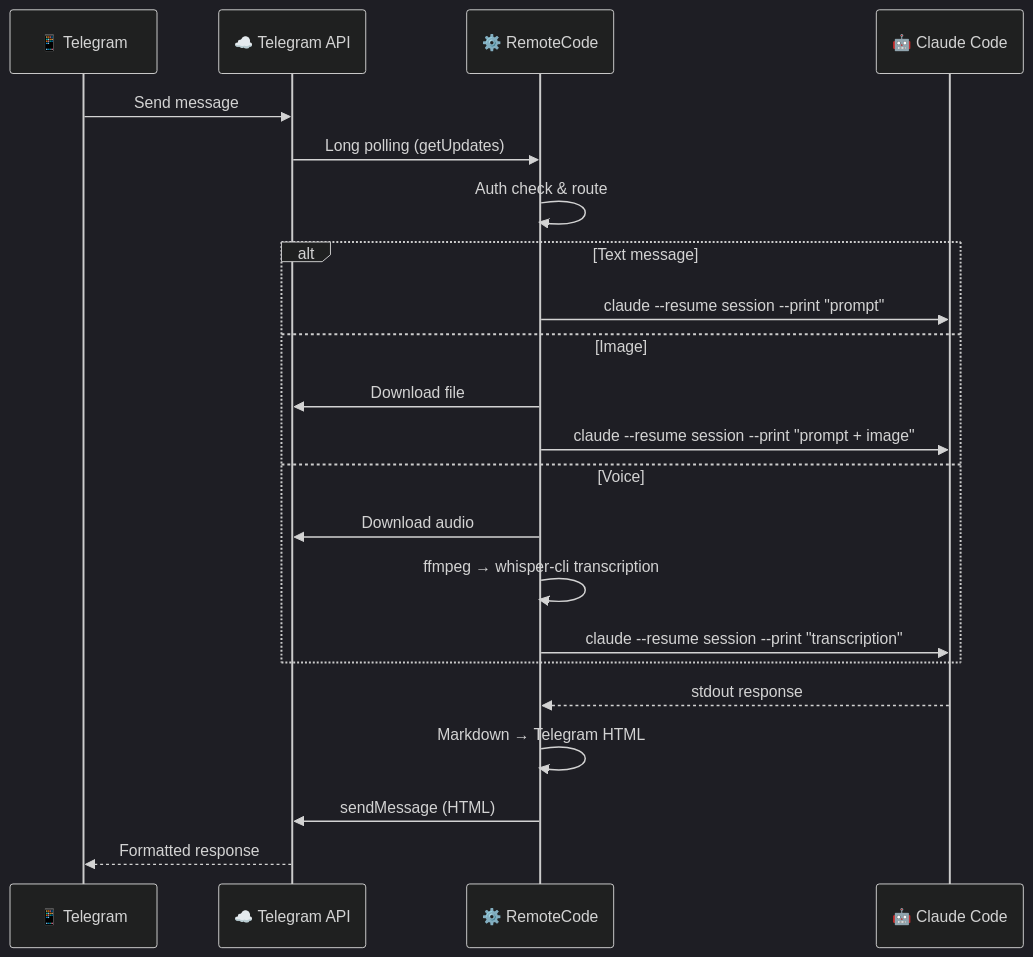
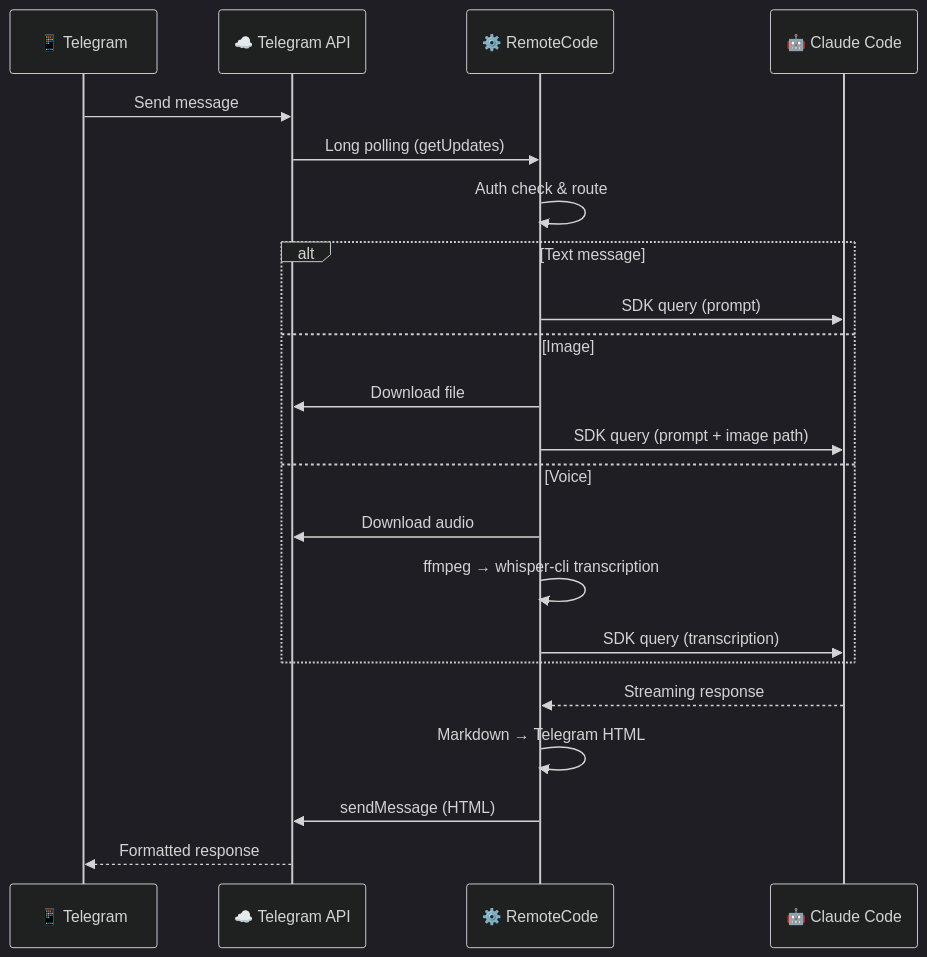
Before and after one commit to kcisoul/remotecode: the diagram in README.md, drawn with Mermaid (dark theme). The commit also changed other lines of this file, not shown here.

First line of the commit message:
docs: update README for SDK migration and new commands

````diff
--- a/README.md
+++ b/README.md
@@ -76,27 +76,27 @@
 ```mermaid
 sequenceDiagram
     participant U as 📱 Telegram
     participant T as ☁️ Telegram API
     participant D as ⚙️ RemoteCode
     participant C as 🤖 Claude Code
 
     U->>T: Send message
     T->>D: Long polling (getUpdates)
     D->>D: Auth check & route
 
     alt Text message
-        D->>C: claude --resume session --print "prompt"
+        D->>C: SDK query (prompt)
     else Image
         D->>T: Download file
-        D->>C: claude --resume session --print "prompt + image"
+        D->>C: SDK query (prompt + image path)
     else Voice
         D->>T: Download audio
         D->>D: ffmpeg → whisper-cli transcription
-        D->>C: claude --resume session --print "transcription"
+        D->>C: SDK query (transcription)
     end
 
-    C-->>D: stdout response
+    C-->>D: Streaming response
     D->>D: Markdown → Telegram HTML
     D->>T: sendMessage (HTML)
     T-->>U: Formatted response
 ```
````
